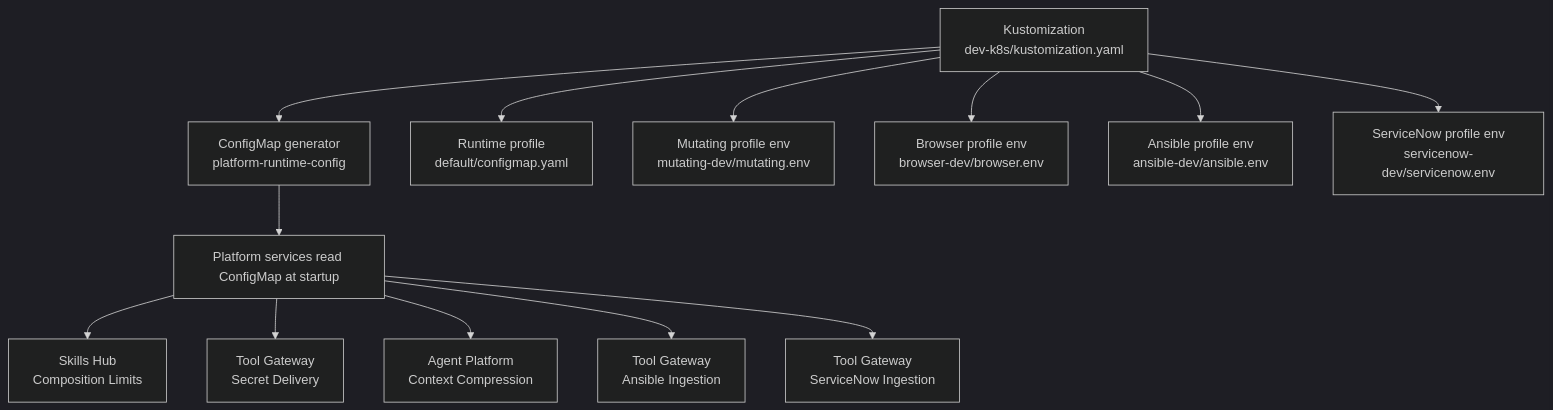
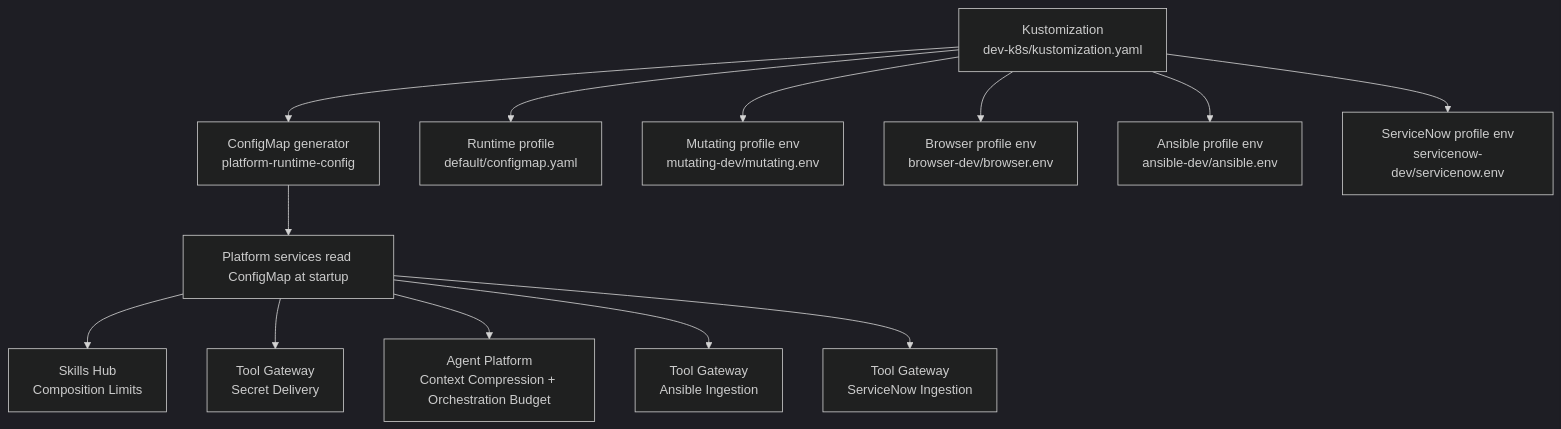
Before and after one commit to metasync/luban-aiops: the first of 4 diagrams in .qoder/repowiki/en/content/Deployment and Operations/Configuration Management.md, drawn with Mermaid (dark theme). The commit also changed other lines of this file and 164 other files, not shown here.

````diff
--- a/.qoder/repowiki/en/content/Deployment and Operations/Configuration Management.md
+++ b/.qoder/repowiki/en/content/Deployment and Operations/Configuration Management.md
@@ -70,15 +74,15 @@
 ```mermaid
 graph TB
 A["Kustomization<br/>dev-k8s/kustomization.yaml"] --> B["ConfigMap generator<br/>platform-runtime-config"]
 A --> C["Runtime profile<br/>default/configmap.yaml"]
 A --> D["Mutating profile env<br/>mutating-dev/mutating.env"]
 A --> E["Browser profile env<br/>browser-dev/browser.env"]
 A --> F["Ansible profile env<br/>ansible-dev/ansible.env"]
 A --> G["ServiceNow profile env<br/>servicenow-dev/servicenow.env"]
 B --> H["Platform services read ConfigMap at startup"]
 H --> I["Skills Hub<br/>Composition Limits"]
 H --> J["Tool Gateway<br/>Secret Delivery"]
-H --> K["Agent Platform<br/>Context Compression"]
+H --> K["Agent Platform<br/>Context Compression + Orchestration Budget"]
 H --> L["Tool Gateway<br/>Ansible Ingestion"]
 H --> M["Tool Gateway<br/>ServiceNow Ingestion"]
 ```
````
